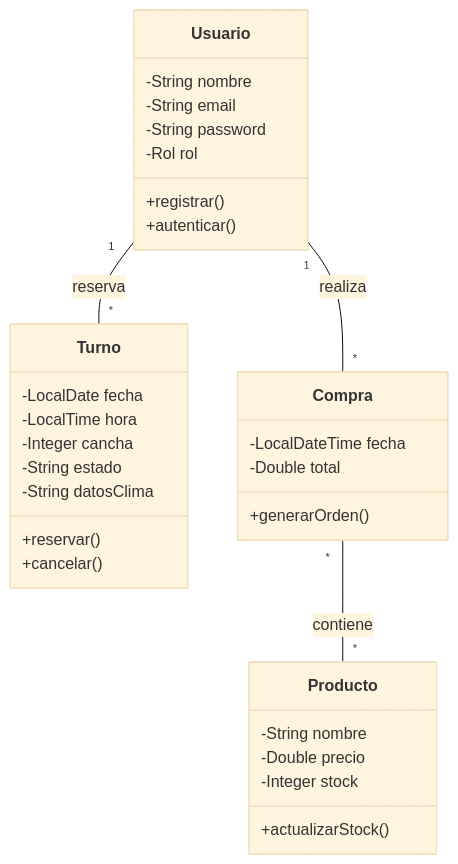
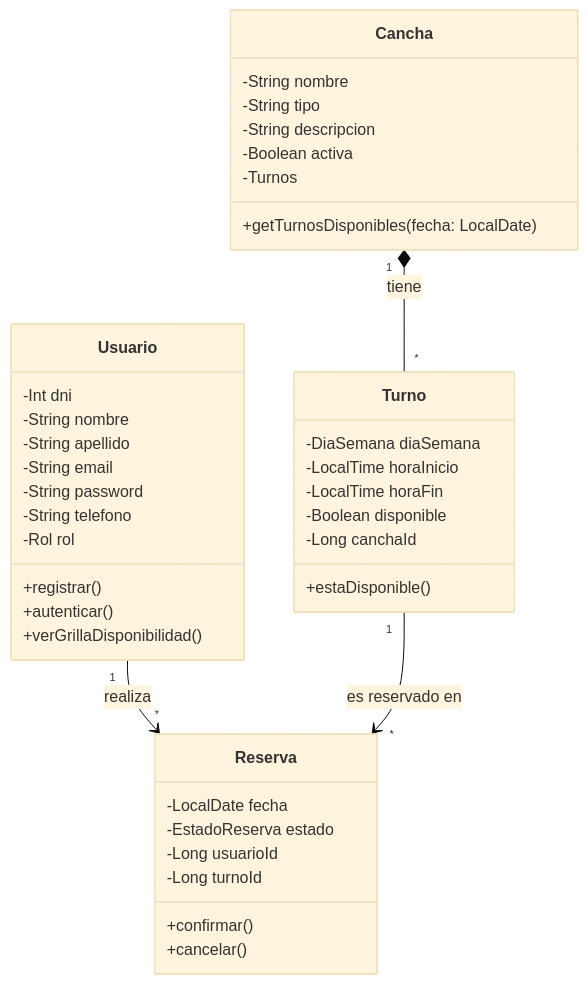
One commit to Instituto-Politecnico-Modelo/2026-MTN-TP3-docs-Miceli-Tabuada changed the diagram in modeloClases.md. Above: the diagram before and after it, drawn with Mermaid (base theme). The commit also changed 1 other file, not shown here.

Commit message:
Diagramas modificados

````diff
--- a/modeloClases.md
+++ b/modeloClases.md
@@ -5,38 +5,46 @@
 ```mermaid
 classDiagram
     class Usuario {
+        -Int dni
         -String nombre
+        -String apellido
         -String email
         -String password
+        -String telefono
         -Rol rol
         +registrar()
         +autenticar()
+        +verGrillaDisponibilidad()
+    }
+
+    class Cancha {
+        -String nombre
+        -String tipo
+        -String descripcion
+        -Boolean activa
+        -Turnos
+        +getTurnosDisponibles(fecha: LocalDate)
     }
 
     class Turno {
+        -DiaSemana diaSemana
+        -LocalTime horaInicio
+        -LocalTime horaFin
+        -Boolean disponible
+        -Long canchaId
+        +estaDisponible()
+    }
+
+    class Reserva {
         -LocalDate fecha
-        -LocalTime hora
-        -Integer cancha
-        -String estado
-        -String datosClima
-        +reservar()
+        -EstadoReserva estado
+        -Long usuarioId
+        -Long turnoId
+        +confirmar()
         +cancelar()
     }
 
-    class Producto {
-        -String nombre
-        -Double precio
-        -Integer stock
-        +actualizarStock()
-    }
-
-    class Compra {
-        -LocalDateTime fecha
-        -Double total
-        +generarOrden()
-    }
-
-    Usuario "1" -- "*" Turno : reserva
-    Usuario "1" -- "*" Compra : realiza
-    Compra "*" -- "*" Producto : contiene
+    Cancha "1" *-- "*" Turno : tiene
+    Usuario "1" --> "*" Reserva : realiza
+    Turno "1" --> "*" Reserva : es reservado en
 ```
````
